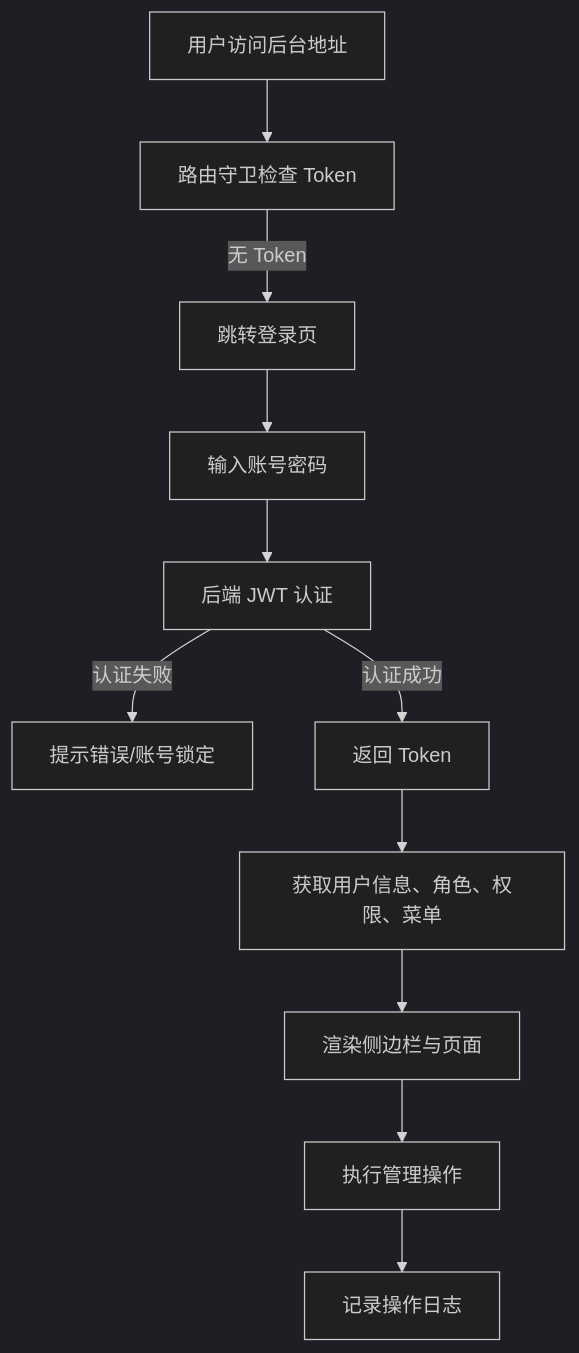
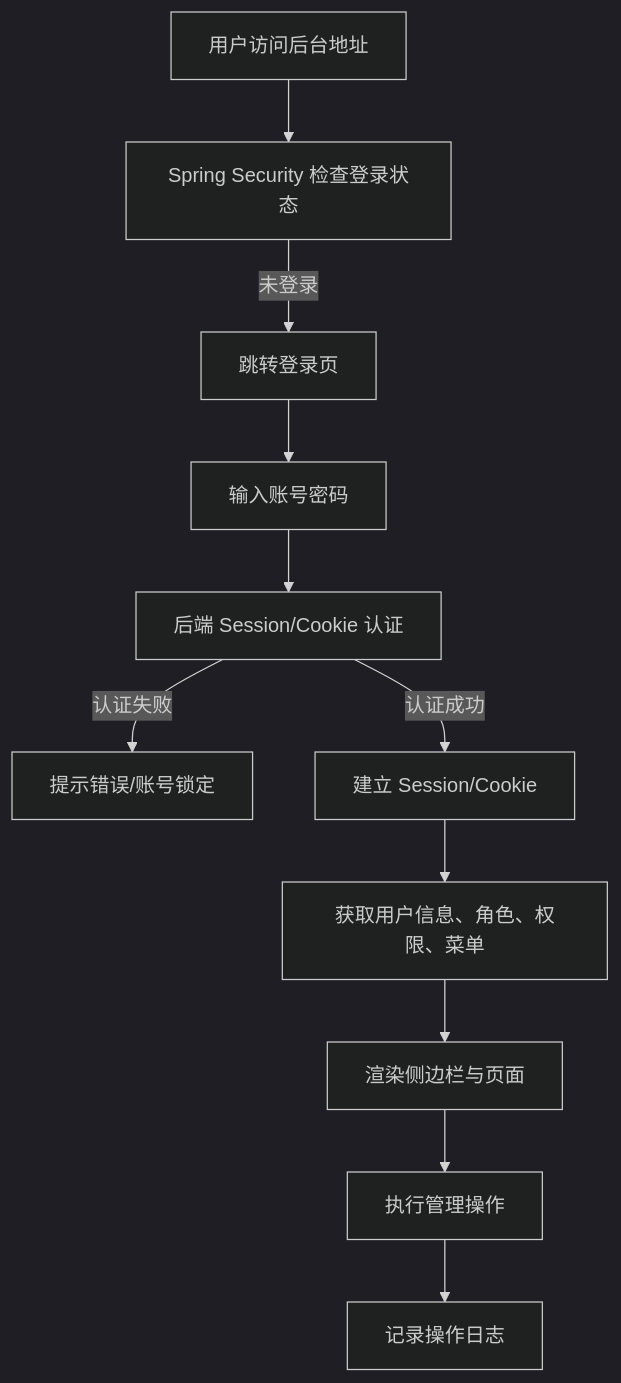
One commit to GeBron/molly changed the diagram in .trae/documents/PRD.md. Above: the diagram before and after it, drawn with Mermaid (dark theme). The commit also changed other lines of this file and 43 other files, not shown here.

````diff
--- a/.trae/documents/PRD.md
+++ b/.trae/documents/PRD.md
@@ -44,13 +44,13 @@
 ```mermaid
 graph TD
-    A["用户访问后台地址"] --> B["路由守卫检查 Token"]
-    B -->|无 Token| C["跳转登录页"]
+    A["用户访问后台地址"] --> B["Spring Security 检查登录状态"]
+    B -->|未登录| C["跳转登录页"]
     C --> D["输入账号密码"]
-    D --> E["后端 JWT 认证"]
+    D --> E["后端 Session/Cookie 认证"]
     E -->|认证失败| F["提示错误/账号锁定"]
-    E -->|认证成功| G["返回 Token"]
+    E -->|认证成功| G["建立 Session/Cookie"]
     G --> H["获取用户信息、角色、权限、菜单"]
     H --> I["渲染侧边栏与页面"]
     I --> J["执行管理操作"]
     J --> K["记录操作日志"]
 ```
````
